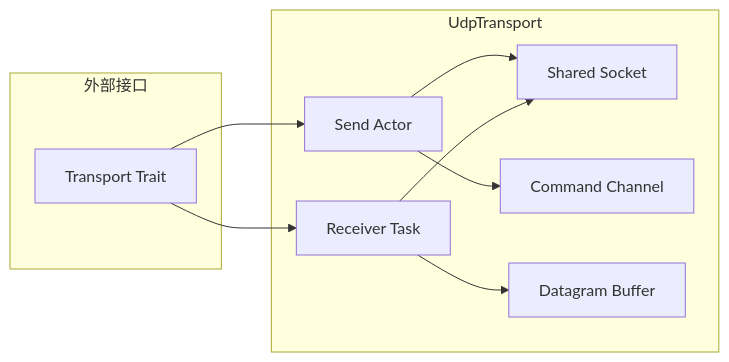
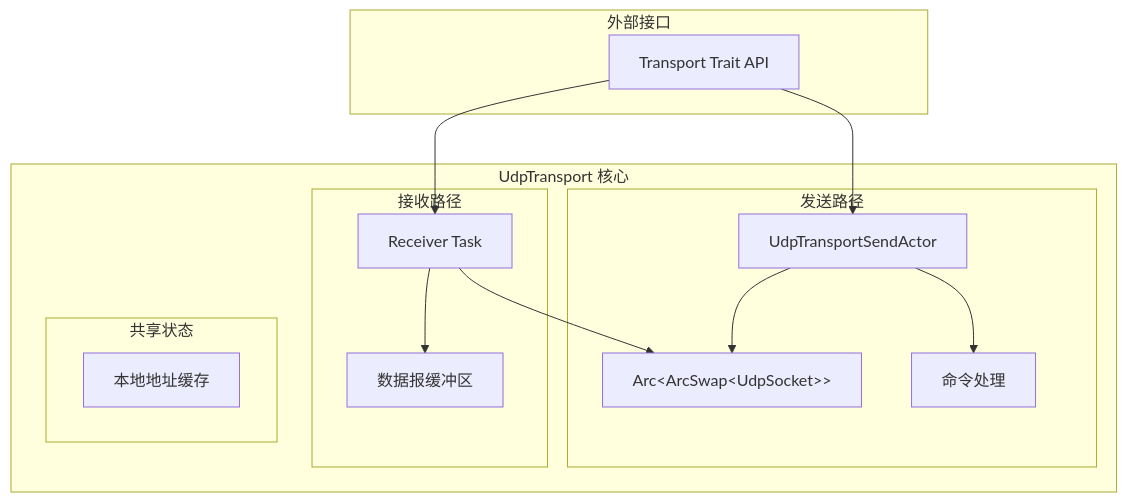
Before and after one commit to ShaoG-R/kestrel-protocol: the second of 2 diagrams in docs/src/dev-docs/components/transport-layer.md, drawn with Mermaid. The commit also changed other lines of this file and 3 other files, not shown here.

````diff
--- a/docs/src/dev-docs/components/transport-layer.md
+++ b/docs/src/dev-docs/components/transport-layer.md
@@ -178,14 +218,24 @@
 ```mermaid
-graph LR
-    subgraph "UdpTransport"
-        A[Send Actor] --> B[Shared Socket]
-        C[Receiver Task] --> B
-        A --> D[Command Channel]
-        C --> E[Datagram Buffer]
+graph TD
+    subgraph "UdpTransport 核心"
+        subgraph "发送路径"
+            A[UdpTransportSendActor] --> D[共享UDP套接字]
+            A --> E[命令处理]
+        end
+        
+        subgraph "接收路径" 
+            B[Receiver Task] --> D
+            B --> F[数据报缓冲区]
+        end
+        
+        subgraph "共享状态"
+            D[Arc&lt;ArcSwap&lt;UdpSocket&gt;&gt;]
+            G[本地地址缓存]
+        end
     end
     
     subgraph "外部接口"
-        F[Transport Trait] --> A
-        F --> C
+        H[Transport Trait API] --> A
+        H --> B
     end
 ```
````
